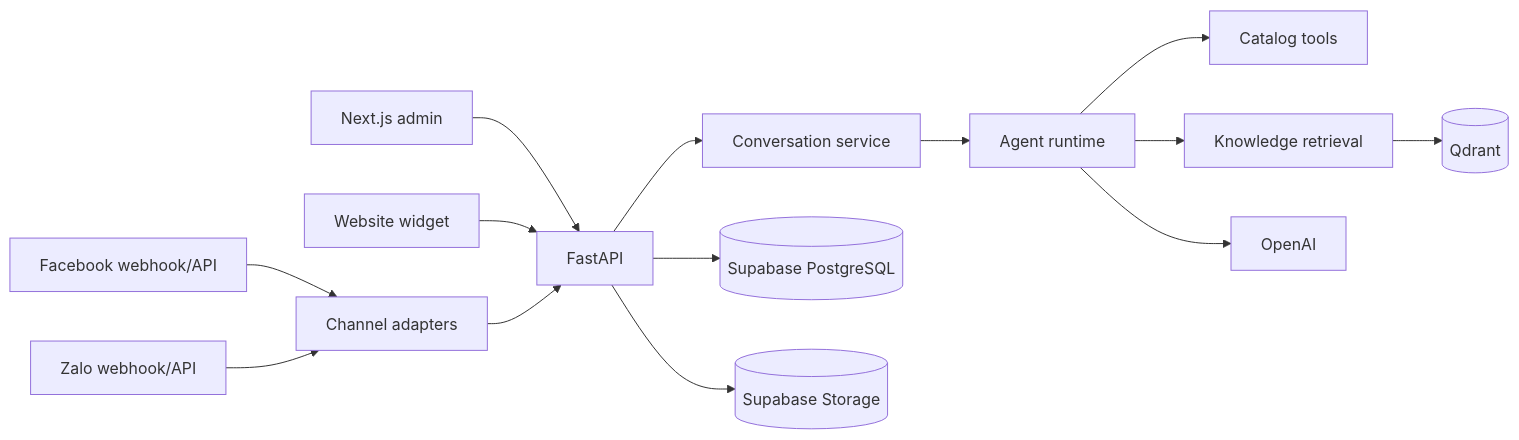
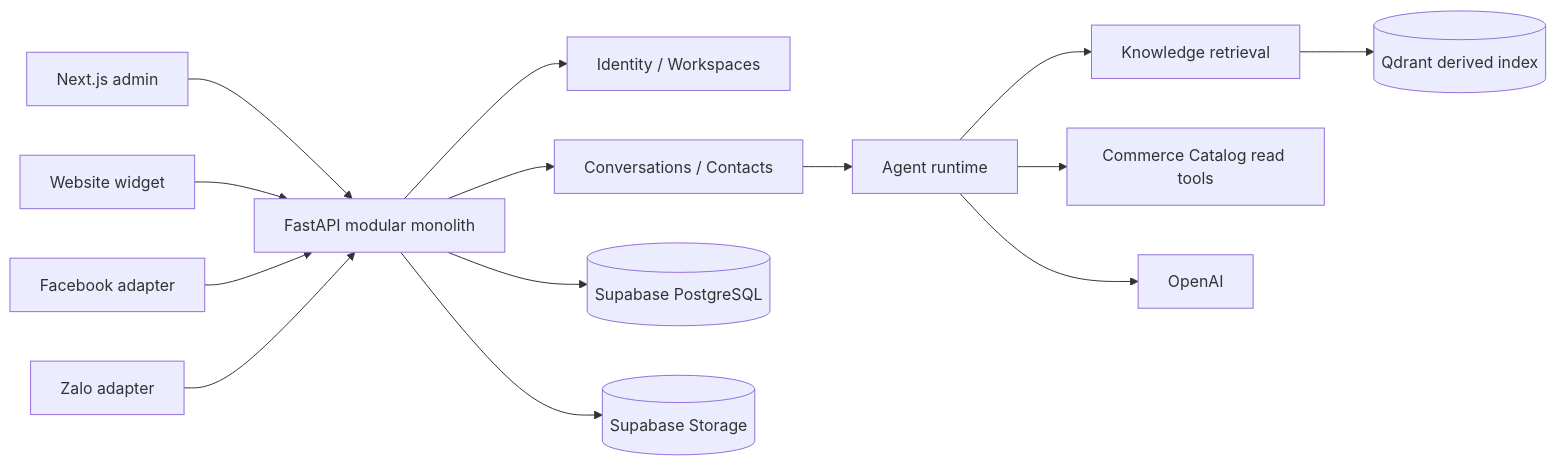
One commit to nmNDiem/agent-hub changed the diagram in docs/architecture.md. Above: the diagram before and after it, drawn with Mermaid. The commit also changed other lines of this file and 33 other files, not shown here.

First line of the commit message:
docs: consolidate AgentHub architecture guidance

````diff
--- a/docs/architecture.md
+++ b/docs/architecture.md
@@ -5,16 +5,16 @@
 ```mermaid
 flowchart LR
-  ADMIN[Next.js admin] --> API[FastAPI]
+  ADMIN[Next.js admin] --> API[FastAPI modular monolith]
   WEB[Website widget] --> API
-  FB[Facebook webhook/API] --> CHANNELS[Channel adapters]
-  ZALO[Zalo webhook/API] --> CHANNELS
-  CHANNELS --> API
-  API --> CONV[Conversation service]
+  FB[Facebook adapter] --> API
+  ZALO[Zalo adapter] --> API
+  API --> ID[Identity / Workspaces]
+  API --> CONV[Conversations / Contacts]
   CONV --> AGENT[Agent runtime]
-  AGENT --> CATALOG[Catalog tools]
   AGENT --> KNOWLEDGE[Knowledge retrieval]
+  AGENT --> CATALOG[Commerce Catalog read tools]
   API --> DB[(Supabase PostgreSQL)]
   API --> STORAGE[(Supabase Storage)]
-  KNOWLEDGE --> QDRANT[(Qdrant)]
+  KNOWLEDGE --> QDRANT[(Qdrant derived index)]
   AGENT --> OPENAI[OpenAI]
 ```
````
